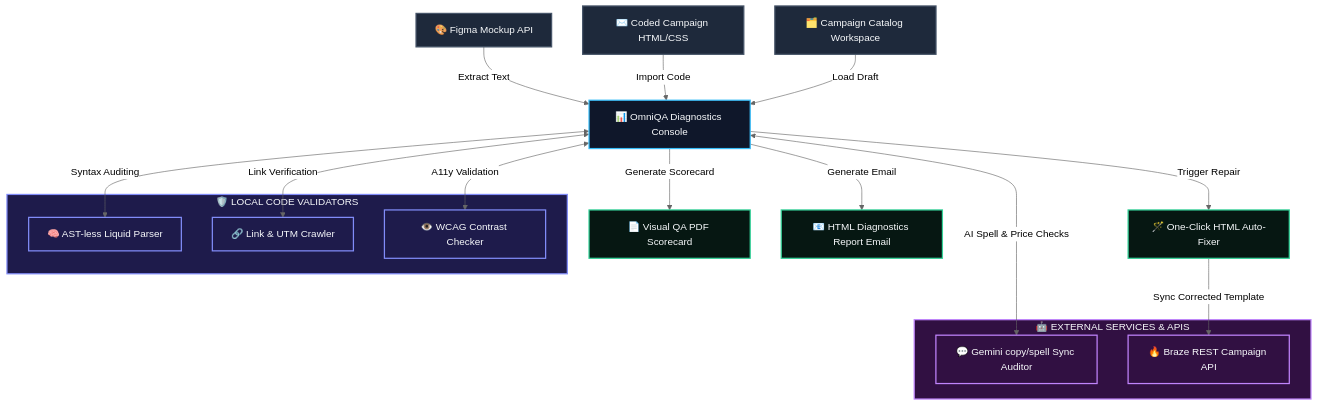
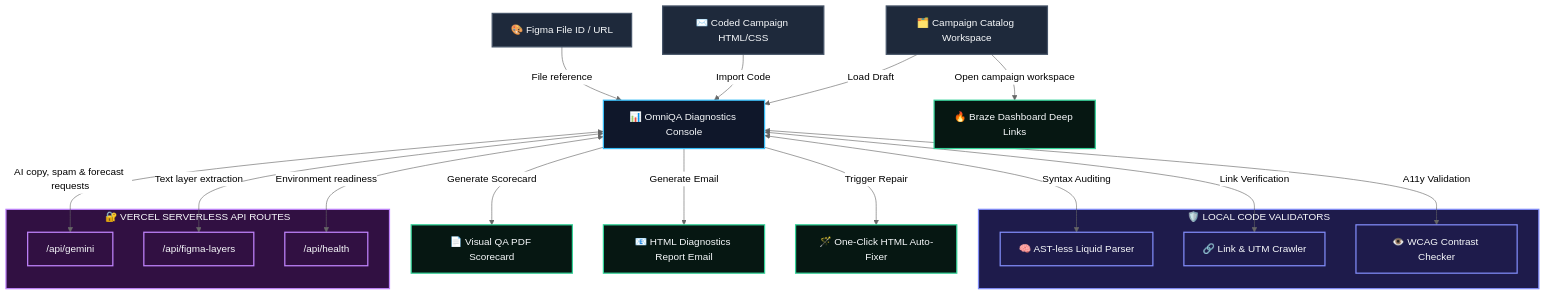
The diagram in README.md (mzubtsova/omni-qa-braze), drawn with Mermaid (neutral theme) before and after one commit. The commit also changed other lines of this file and 1 other file, not shown here.

Commit message:
Align architecture docs with secure live mode

````diff
--- a/README.md
+++ b/README.md
@@ -11,50 +11,53 @@
 ```mermaid
 flowchart TD
     %% Styling Definitions
     classDef source fill:#1e293b,stroke:#475569,stroke-width:2px,color:#f8fafc;
     classDef core fill:#0f172a,stroke:#38bdf8,stroke-width:2px,color:#f8fafc;
     classDef validator fill:#1e1b4b,stroke:#818cf8,stroke-width:2px,color:#f8fafc;
-    classDef api fill:#311042,stroke:#c084fc,stroke-width:2px,color:#f8fafc;
+    classDef server fill:#311042,stroke:#c084fc,stroke-width:2px,color:#f8fafc;
     classDef output fill:#061712,stroke:#34d399,stroke-width:2px,color:#f8fafc;
 
     %% Nodes
-    Figma["🎨 Figma Mockup API"]:::source
+    Figma["🎨 Figma File ID / URL"]:::source
     Payload["✉️ Coded Campaign HTML/CSS"]:::source
     Catalog["🗂️ Campaign Catalog Workspace"]:::source
     
     App["📊 OmniQA Diagnostics Console"]:::core
     
     subgraph LocalValidators ["🛡️ LOCAL CODE VALIDATORS"]
         Liquid["🧠 AST-less Liquid Parser"]
         Links["🔗 Link & UTM Crawler"]
         WCAG["👁️ WCAG Contrast Checker"]
     end
     class LocalValidators,Liquid,Links,WCAG validator;
     
-    subgraph ExternalServices ["🤖 EXTERNAL SERVICES & APIS"]
-        Gemini["💬 Gemini copy/spell Sync Auditor"]
-        Braze["🔥 Braze REST Campaign API"]
+    subgraph ServerRoutes ["🔐 VERCEL SERVERLESS API ROUTES"]
+        GeminiRoute["/api/gemini"]
+        FigmaRoute["/api/figma-layers"]
+        HealthRoute["/api/health"]
     end
-    class ExternalServices,Gemini,Braze api;
+    class ServerRoutes,GeminiRoute,FigmaRoute,HealthRoute server;
     
     PDFExport["📄 Visual QA PDF Scorecard"]:::output
     ReportEmail["📧 HTML Diagnostics Report Email"]:::output
     AutoFix["🪄 One-Click HTML Auto-Fixer"]:::output
+    BrazeLinks["🔥 Braze Dashboard Deep Links"]:::output
     
     %% Flow Connections
-    Figma -->|Extract Text| App
+    Figma -->|File reference| App
     Payload -->|Import Code| App
     Catalog -->|Load Draft| App
     
     App <-->|Syntax Auditing| Liquid
     App <-->|Link Verification| Links
     App <-->|A11y Validation| WCAG
     
-    App <-->|AI Spell & Price Checks| Gemini
+    App <-->|AI copy, spam & forecast requests| GeminiRoute
+    App <-->|Text layer extraction| FigmaRoute
+    App <-->|Environment readiness| HealthRoute
     
     App -->|Generate Scorecard| PDFExport
     App -->|Generate Email| ReportEmail
     App -->|Trigger Repair| AutoFix
-    
-    AutoFix -->|Sync Corrected Template| Braze
+    Catalog -->|Open campaign workspace| BrazeLinks
 ```
````
